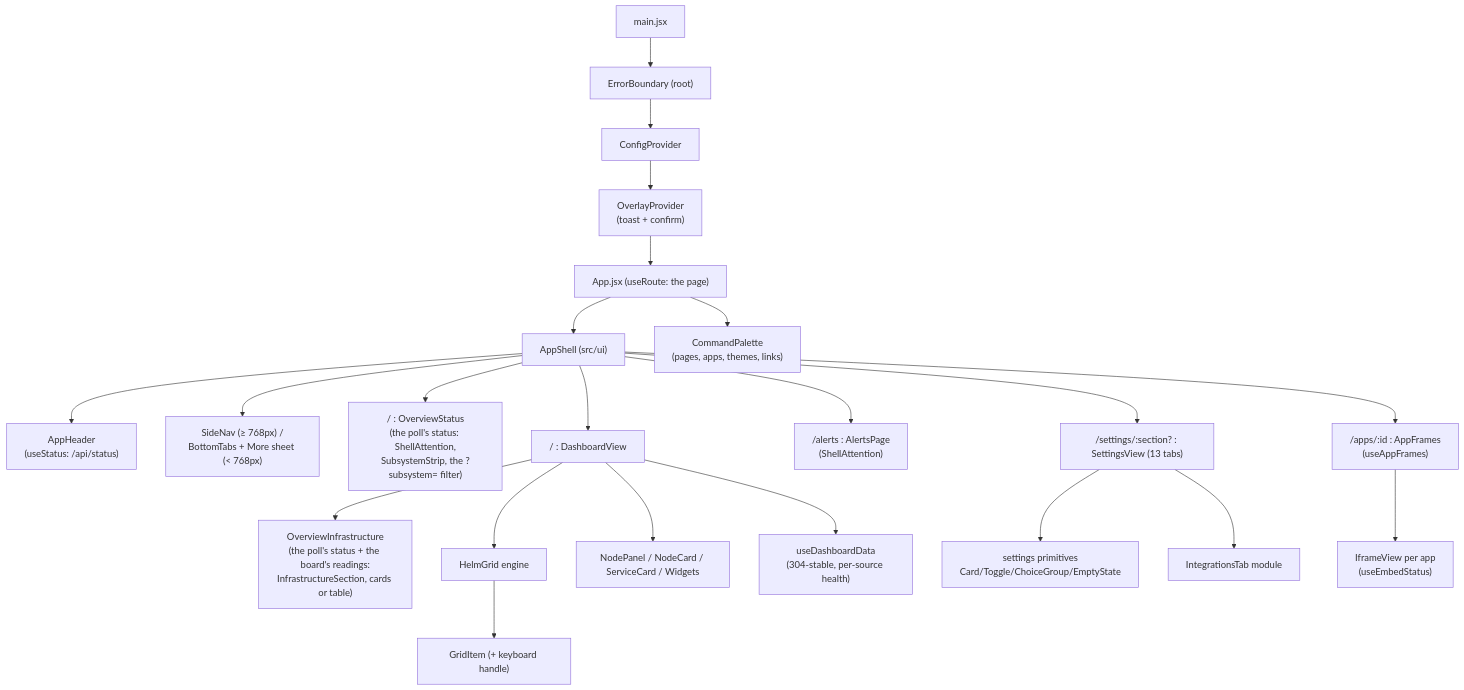
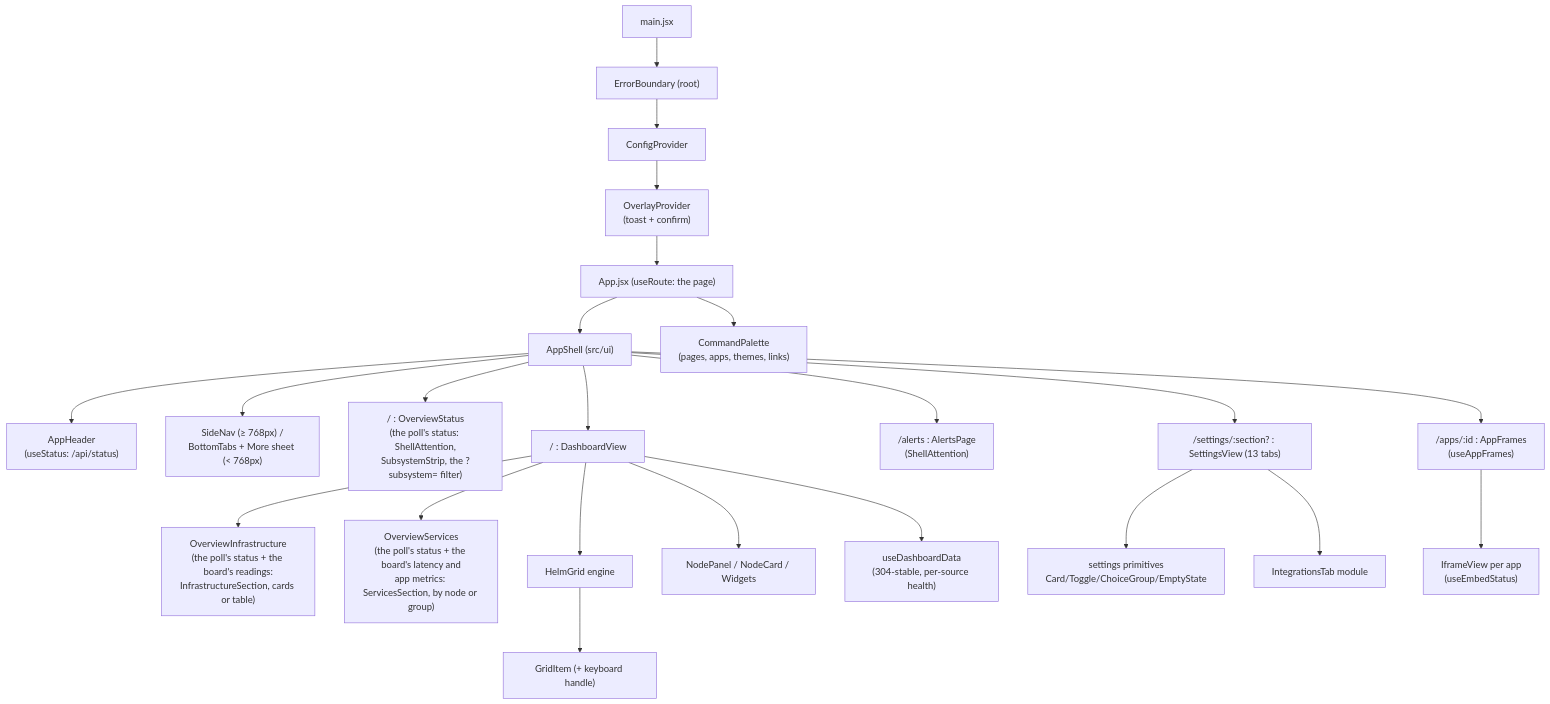
One commit to jagbhandal/jaghelm changed the fourth of 5 diagrams in docs/ARCHITECTURE.md. Above: the diagram before and after it, drawn with Mermaid. The commit also changed other lines of this file and 8 other files, not shown here.

First line of the commit message:
docs(overview): the Services section, and the board without service cards (#300)

````diff
--- a/docs/ARCHITECTURE.md
+++ b/docs/ARCHITECTURE.md
@@ -1297,24 +1300,25 @@
 ```mermaid
 flowchart TD
   MAIN["main.jsx"] --> EB["ErrorBoundary (root)"]
   EB --> CP["ConfigProvider"]
   CP --> OP["OverlayProvider<br/>(toast + confirm)"]
   OP --> APP["App.jsx (useRoute: the page)"]
   APP --> SH["AppShell (src/ui)"]
   SH --> HD["AppHeader<br/>(useStatus: /api/status)"]
   SH --> SN["SideNav (≥ 768px) /<br/>BottomTabs + More sheet (< 768px)"]
   APP --> CPAL["CommandPalette<br/>(pages, apps, themes, links)"]
   SH --> OS["/ : OverviewStatus<br/>(the poll's status: ShellAttention,<br/>SubsystemStrip, the ?subsystem= filter)"]
   SH --> DV["/ : DashboardView"]
   DV --> OI["OverviewInfrastructure<br/>(the poll's status + the board's readings:<br/>InfrastructureSection, cards or table)"]
+  DV --> OSV["OverviewServices<br/>(the poll's status + the board's latency and<br/>app metrics: ServicesSection, by node or group)"]
   SH --> AP["/alerts : AlertsPage<br/>(ShellAttention)"]
   SH --> SV["/settings/:section? : SettingsView (13 tabs)"]
   SH --> AF["/apps/:id : AppFrames<br/>(useAppFrames)"]
   AF --> IV["IframeView per app<br/>(useEmbedStatus)"]
   DV --> HG["HelmGrid engine"]
   HG --> GI["GridItem (+ keyboard handle)"]
-  DV --> NP["NodePanel / NodeCard / ServiceCard / Widgets"]
+  DV --> NP["NodePanel / NodeCard / Widgets"]
   DV --> UDD["useDashboardData<br/>(304-stable, per-source health)"]
   SV --> PRIM["settings primitives<br/>Card/Toggle/ChoiceGroup/EmptyState"]
   SV --> ITAB["IntegrationsTab module"]
 ```
````
